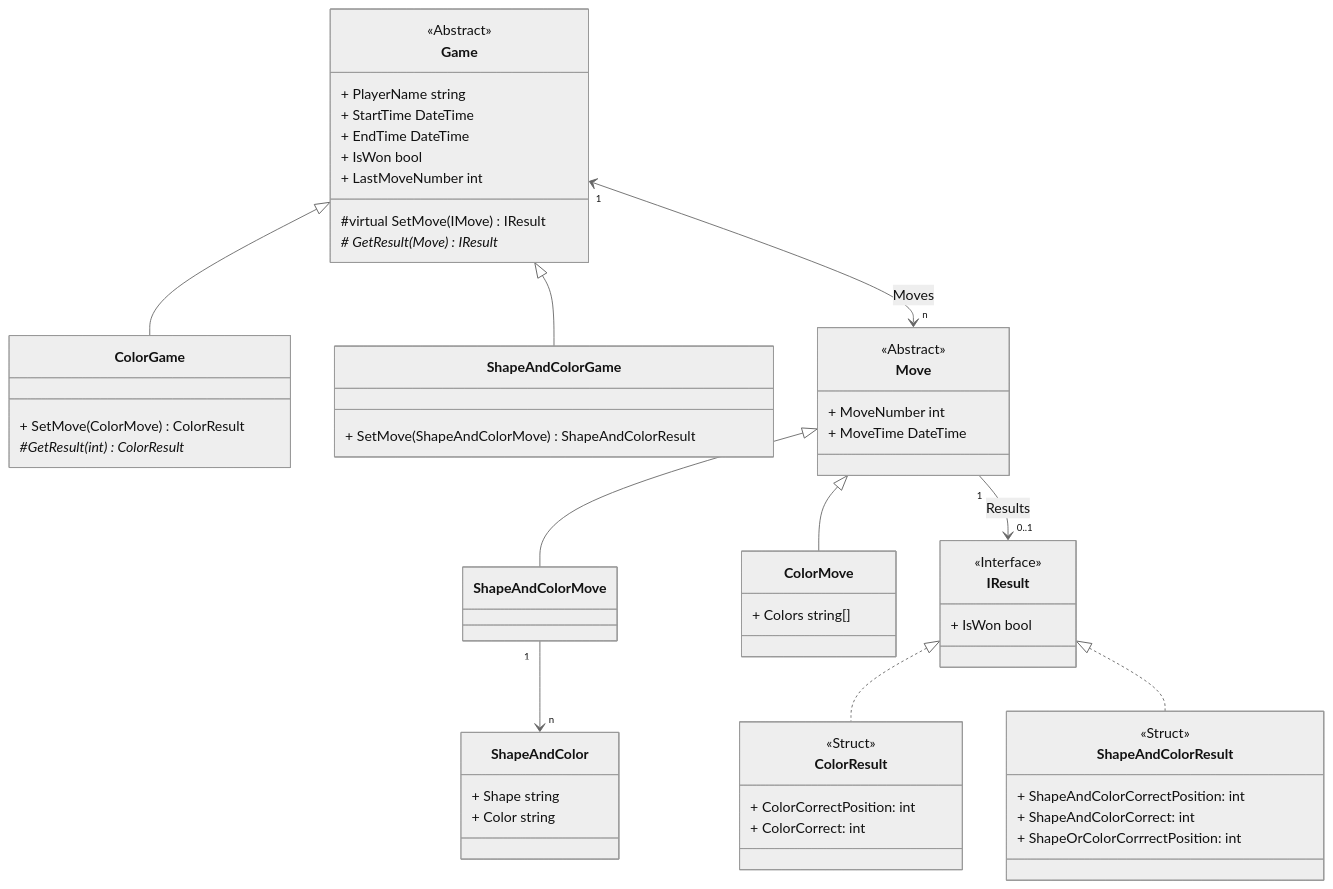
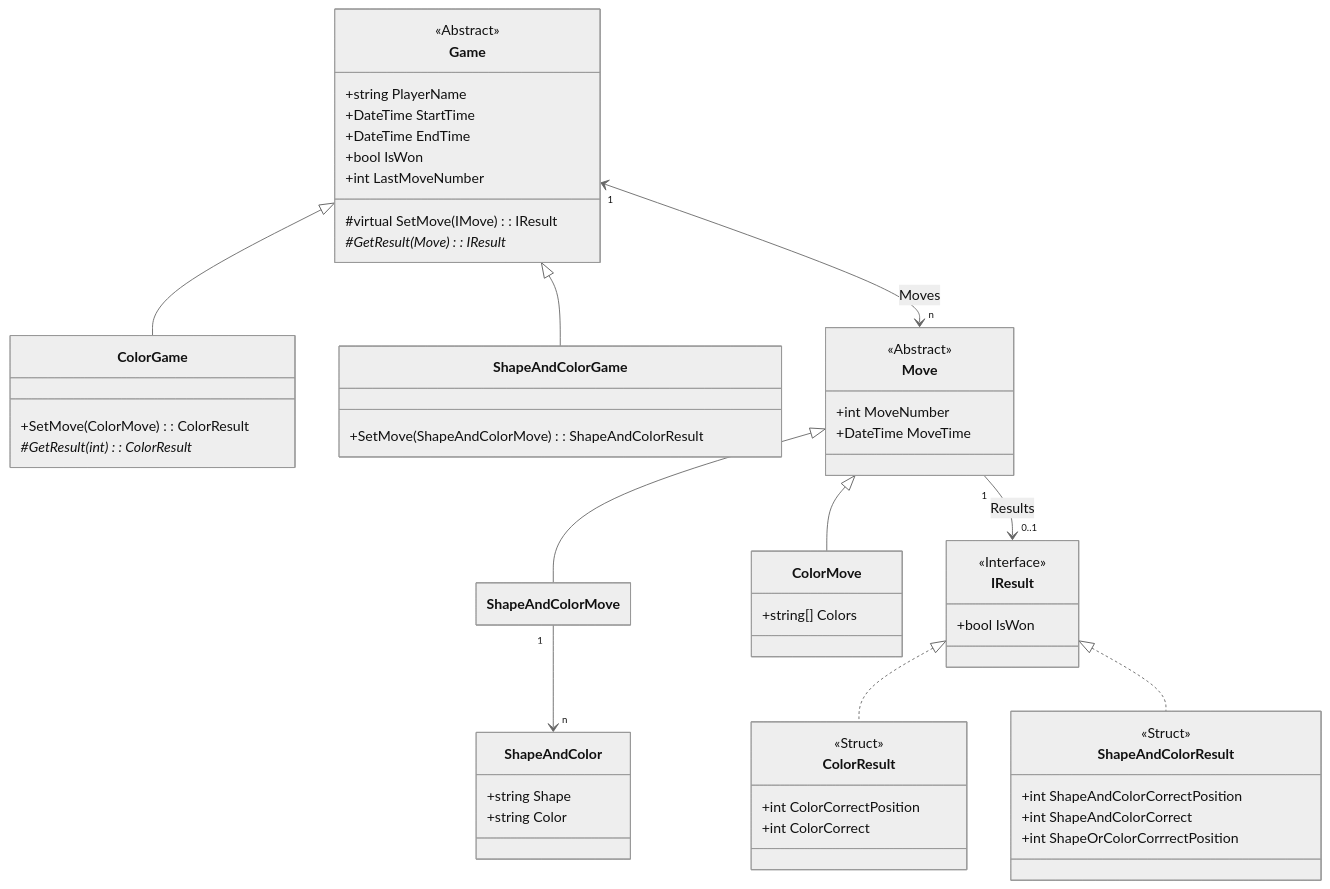
One commit to PacktPublishing/Expert-CSharp-Programming changed the diagram in ch04/Games.md. Above: the diagram before and after it, drawn with Mermaid (neutral theme). The commit also changed 7 other files, not shown here.

````diff
--- a/ch04/Games.md
+++ b/ch04/Games.md
@@ -3,66 +3,72 @@
 ```mermaid
+---
+  config:
+    class:
+      hideEmptyMembersBox: true
+---
 classDiagram
     Game <|-- ColorGame
     Game <|-- ShapeAndColorGame
     IResult |>.. ColorResult
     IResult |>.. ShapeAndColorResult
     Move <|-- ColorMove
     Move <|-- ShapeAndColorMove
     Game "1" <--> "n" Move : Moves
     Move "1" --> "0..1" IResult : Results
     ShapeAndColorMove "1" --> "n" ShapeAndColor
 
     class Game{
       <<Abstract>>
-      + PlayerName string
-      + StartTime DateTime
-      + EndTime DateTime
-      + IsWon bool
-      + LastMoveNumber int
-      #virtual SetMove(IMove) IResult
-      # GetResult(Move) IResult*
+      +string PlayerName
+      +DateTime StartTime
+      +DateTime EndTime
+      +bool IsWon
+      +int LastMoveNumber
+      #virtual SetMove(IMove): IResult
+      #GetResult(Move): IResult*
     }
 
     class ColorGame{
-      + SetMove(ColorMove) ColorResult 
-      #GetResult(int) ColorResult*
+      +SetMove(ColorMove): ColorResult 
+      #GetResult(int): ColorResult*
     }
 
     class ShapeAndColorGame{
-      + SetMove(ShapeAndColorMove) ShapeAndColorResult
+      +SetMove(ShapeAndColorMove): ShapeAndColorResult
     }
 
     class Move{
       <<Abstract>>
-      + MoveNumber int
-      + MoveTime DateTime
+      +int MoveNumber
+      +DateTime MoveTime
     }
 
     class ColorMove{
-      + Colors string[]
+      +string[] Colors
     }
 
     class ShapeAndColor{
-      + Shape string
-      + Color string
+      +string Shape
+      +string Color
     }
 
     class ColorResult{
       <<Struct>>
-      + ColorCorrectPosition: int
-      + ColorCorrect: int
+      +int ColorCorrectPosition
+      +int ColorCorrect
     }
 
     class ShapeAndColorResult{
       <<Struct>>
-      + ShapeAndColorCorrectPosition: int
-      + ShapeAndColorCorrect: int
-      + ShapeOrColorCorrrectPosition: int
+      +int ShapeAndColorCorrectPosition
+      +int ShapeAndColorCorrect
+      +int ShapeOrColorCorrrectPosition
     }
 
     class IResult{
       <<Interface>>
-      + IsWon bool
+      +bool IsWon
     }
 
+%%   classDef default fill:#CDE498,font-size:16px
 ```
````
